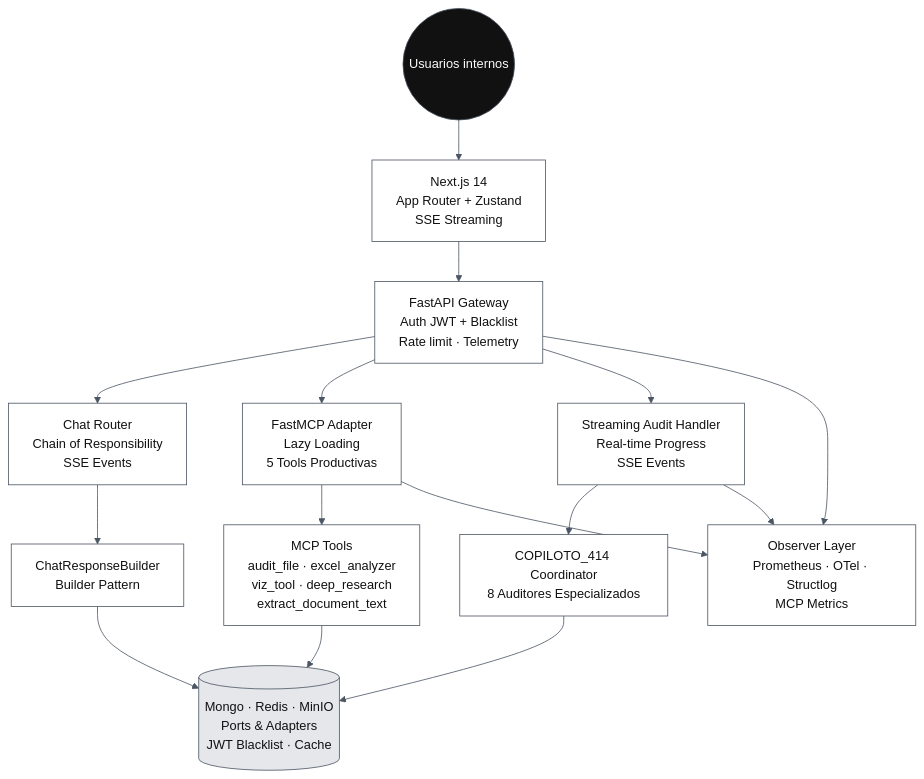
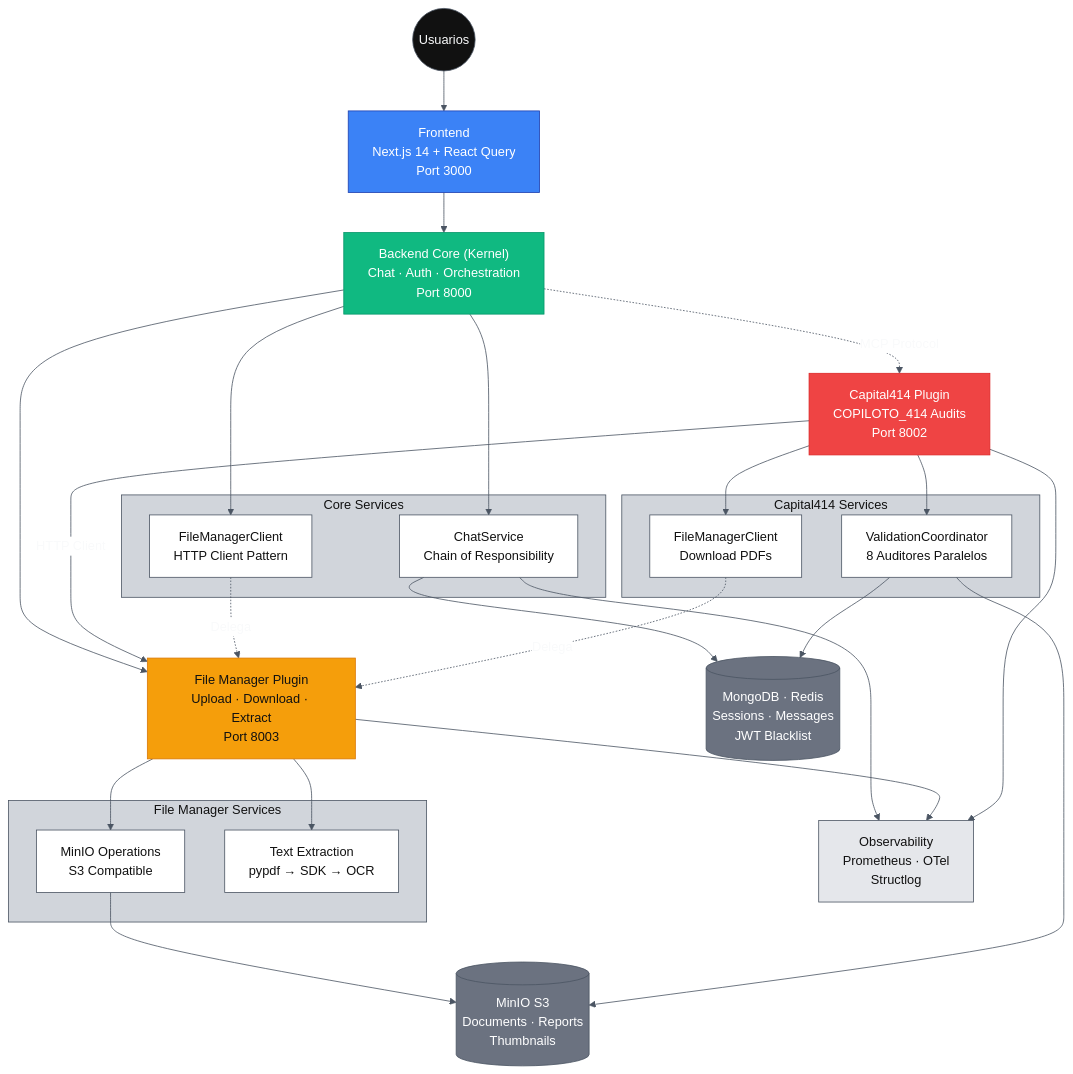
The second of 11 diagrams in README.md (saptiva-ai/octavios-chat), drawn with Mermaid before and after one commit. The commit also changed other lines of this file, not shown here.

First line of the commit message:
docs(README): complete Plugin-First architecture update (PHASE 2-3)

````diff
--- a/README.md
+++ b/README.md
@@ -223,26 +223,55 @@
 ```mermaid
 %%{init: {'theme': 'base', 'themeVariables': {'primaryColor': '#111111','primaryBorderColor': '#4b5563','primaryTextColor': '#f9fafb','lineColor': '#4b5563','secondaryColor': '#ffffff','secondaryBorderColor': '#4b5563','secondaryTextColor': '#111111','tertiaryColor': '#d1d5db','tertiaryBorderColor': '#4b5563','tertiaryTextColor': '#111111'}}}%%
 flowchart TB
-    user((Usuarios internos)):::dark --> web["Next.js 14<br/>App Router + Zustand<br/>SSE Streaming"]:::light
-    web --> gateway["FastAPI Gateway<br/>Auth JWT + Blacklist<br/>Rate limit · Telemetry"]:::light
+    user((Usuarios)):::dark --> web["Frontend<br/>Next.js 14 + React Query<br/>Port 3000"]:::frontend
 
-    gateway --> chat["Chat Router<br/>Chain of Responsibility<br/>SSE Events"]:::light
-    gateway --> mcp["FastMCP Adapter<br/>Lazy Loading<br/>5 Tools Productivas"]:::light
-    gateway --> audit_stream["Streaming Audit Handler<br/>Real-time Progress<br/>SSE Events"]:::light
+    web --> core["Backend Core (Kernel)<br/>Chat · Auth · Orchestration<br/>Port 8000"]:::core
 
-    chat --> builder["ChatResponseBuilder<br/>Builder Pattern"]:::light
-    mcp --> tools["MCP Tools<br/>audit_file · excel_analyzer<br/>viz_tool · deep_research<br/>extract_document_text"]:::light
-    audit_stream --> coordinator["COPILOTO_414 Coordinator<br/>8 Auditores Especializados"]:::light
+    core --> filemanager["File Manager Plugin<br/>Upload · Download · Extract<br/>Port 8003"]:::plugin_public
+    core -.->|"MCP Protocol"| capital414["Capital414 Plugin<br/>COPILOTO_414 Audits<br/>Port 8002"]:::plugin_private
 
-    builder --> persistence[(Mongo · Redis · MinIO<br/>Ports & Adapters<br/>JWT Blacklist · Cache)]:::gray
-    tools --> persistence
+    capital414 -->|"HTTP Client"| filemanager
+
+    subgraph "Core Services"
+        chat_svc["ChatService<br/>Chain of Responsibility"]:::light
+        file_client["FileManagerClient<br/>HTTP Client Pattern"]:::light
+    end
+
+    subgraph "File Manager Services"
+        minio_ops["MinIO Operations<br/>S3 Compatible"]:::light
+        extraction["Text Extraction<br/>pypdf → SDK → OCR"]:::light
+    end
+
+    subgraph "Capital414 Services"
+        coordinator["ValidationCoordinator<br/>8 Auditores Paralelos"]:::light
+        fm_client["FileManagerClient<br/>Download PDFs"]:::light
+    end
+
+    core --> chat_svc
+    core --> file_client
+    filemanager --> minio_ops
+    filemanager --> extraction
+    capital414 --> coordinator
+    capital414 --> fm_client
+
+    file_client -.->|"Delega"| filemanager
+    fm_client -.->|"Delega"| filemanager
+
+    chat_svc --> persistence[(MongoDB · Redis<br/>Sessions · Messages<br/>JWT Blacklist)]:::infra
+    minio_ops --> storage[(MinIO S3<br/>Documents · Reports<br/>Thumbnails)]:::infra
     coordinator --> persistence
+    coordinator --> storage
 
-    gateway --> observers["Observer Layer<br/>Prometheus · OTel · Structlog<br/>MCP Metrics"]:::light
-    mcp --> observers
-    audit_stream --> observers
+    chat_svc --> observability["Observability<br/>Prometheus · OTel<br/>Structlog"]:::gray
+    filemanager --> observability
+    capital414 --> observability
 
     classDef dark fill:#111111,stroke:#4b5563,color:#f9fafb;
+    classDef frontend fill:#3b82f6,stroke:#1e40af,color:#ffffff;
+    classDef core fill:#10b981,stroke:#059669,color:#ffffff;
+    classDef plugin_public fill:#f59e0b,stroke:#d97706,color:#111111;
+    classDef plugin_private fill:#ef4444,stroke:#dc2626,color:#ffffff;
     classDef light fill:#ffffff,stroke:#4b5563,color:#111111;
+    classDef infra fill:#6b7280,stroke:#4b5563,color:#ffffff;
     classDef gray fill:#e5e7eb,stroke:#4b5563,color:#111111;
 ```
````
